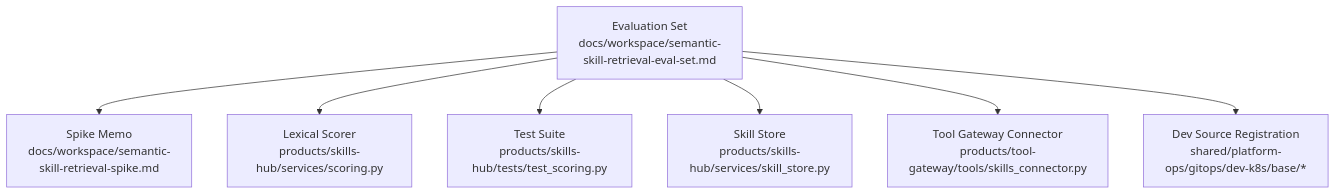
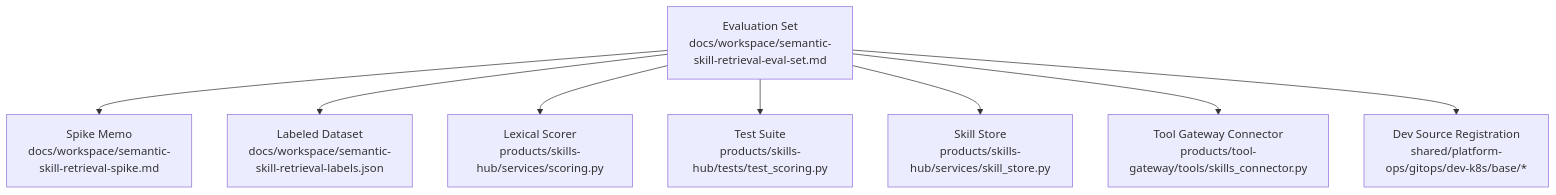
Before and after one commit to alainlei/luban-aiops: the first of 7 diagrams in .qoder/repowiki/en/content/Operator Portal/Workspace Management/Semantic Skill Retrieval Evaluation Set.md, drawn with Mermaid. The commit also changed other lines of this file and 14 other files, not shown here.

````diff
--- a/.qoder/repowiki/en/content/Operator Portal/Workspace Management/Semantic Skill Retrieval Evaluation Set.md
+++ b/.qoder/repowiki/en/content/Operator Portal/Workspace Management/Semantic Skill Retrieval Evaluation Set.md
@@ -48,16 +50,18 @@
 ```mermaid
 graph TB
 Docs["Evaluation Set<br/>docs/workspace/semantic-skill-retrieval-eval-set.md"]
 Spike["Spike Memo<br/>docs/workspace/semantic-skill-retrieval-spike.md"]
+Labels["Labeled Dataset<br/>docs/workspace/semantic-skill-retrieval-labels.json"]
 Scorer["Lexical Scorer<br/>products/skills-hub/services/scoring.py"]
 TestSuite["Test Suite<br/>products/skills-hub/tests/test_scoring.py"]
 Store["Skill Store<br/>products/skills-hub/services/skill_store.py"]
 Tool["Tool Gateway Connector<br/>products/tool-gateway/tools/skills_connector.py"]
 Sources["Dev Source Registration<br/>shared/platform-ops/gitops/dev-k8s/base/*"]
 Docs --> Spike
+Docs --> Labels
 Docs --> Scorer
 Docs --> TestSuite
 Docs --> Store
 Docs --> Tool
 Docs --> Sources
 ```
````
